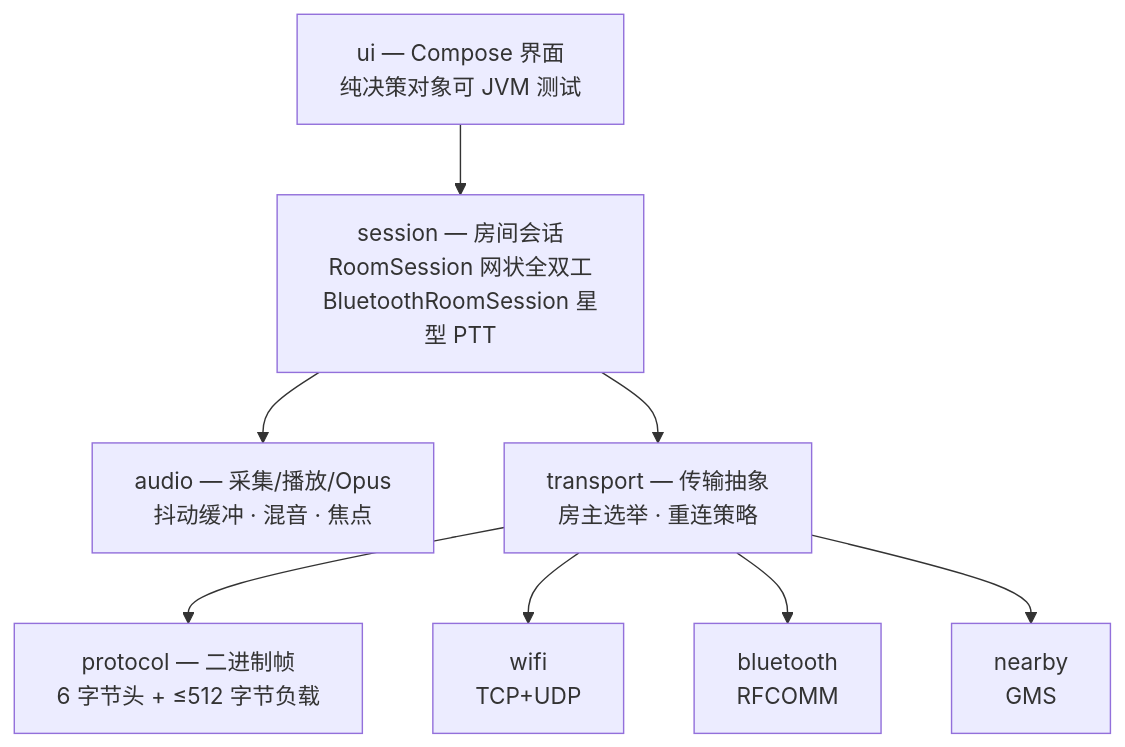
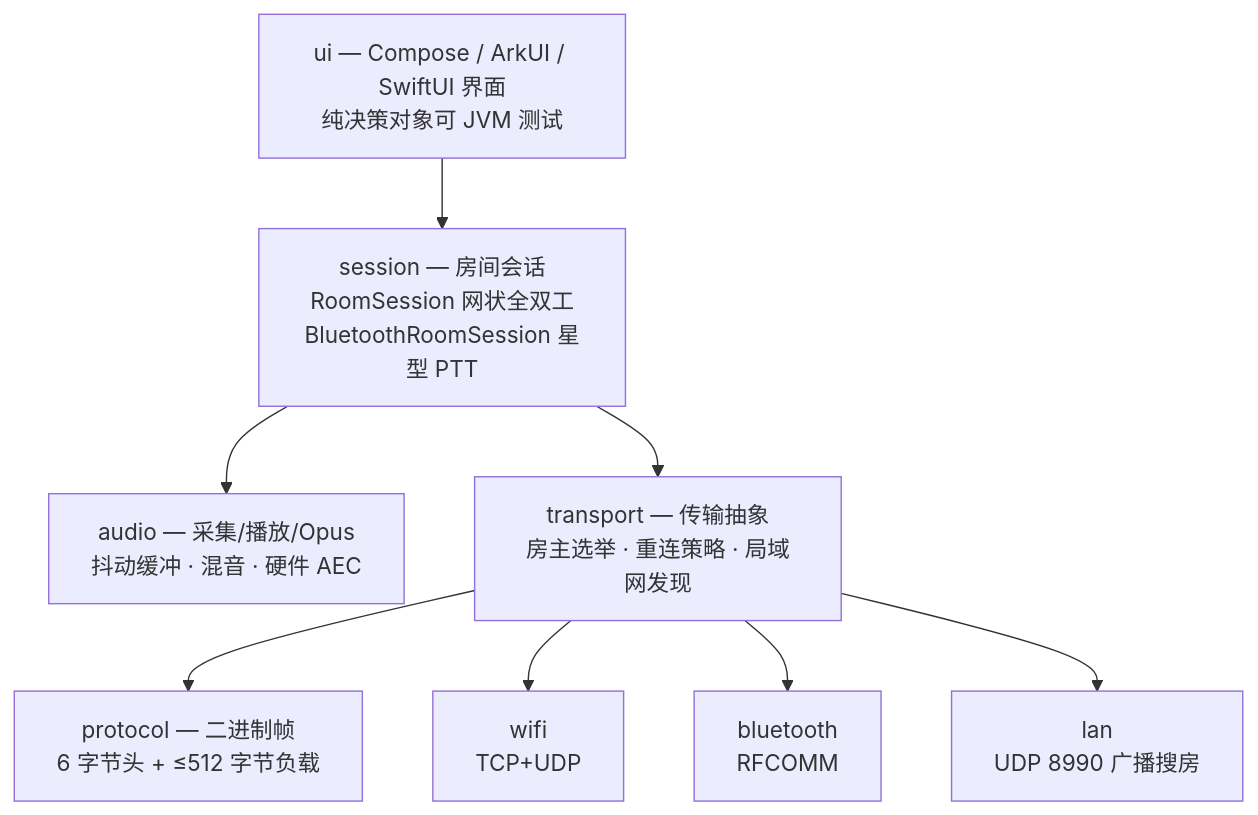
Before and after one commit to Starlordzz/sunsetripple: the diagram in README.md, drawn with Mermaid. The commit also changed other lines of this file and 1 other file, not shown here.

Commit message:
docs: update README and Wiki documentation for multiplatform Core-Shell architecture

````diff
--- a/README.md
+++ b/README.md
@@ -121,19 +128,19 @@
 ```mermaid
 flowchart TD
-    UI["ui — Compose 界面<br/>纯决策对象可 JVM 测试"]
+    UI["ui — Compose / ArkUI / SwiftUI 界面<br/>纯决策对象可 JVM 测试"]
     SESSION["session — 房间会话<br/>RoomSession 网状全双工<br/>BluetoothRoomSession 星型 PTT"]
-    AUDIO["audio — 采集/播放/Opus<br/>抖动缓冲 · 混音 · 焦点"]
+    AUDIO["audio — 采集/播放/Opus<br/>抖动缓冲 · 混音 · 硬件 AEC"]
     PROTO["protocol — 二进制帧<br/>6 字节头 + ≤512 字节负载"]
-    TRANS["transport — 传输抽象<br/>房主选举 · 重连策略"]
+    TRANS["transport — 传输抽象<br/>房主选举 · 重连策略 · 局域网发现"]
     WIFI["wifi<br/>TCP+UDP"]
     BT["bluetooth<br/>RFCOMM"]
-    NEARBY["nearby<br/>GMS"]
+    LAN["lan<br/>UDP 8990 广播搜房"]
 
     UI --> SESSION
     SESSION --> AUDIO
     SESSION --> TRANS
     TRANS --> PROTO
     TRANS --> WIFI
     TRANS --> BT
-    TRANS --> NEARBY
+    TRANS --> LAN
 ```
````
